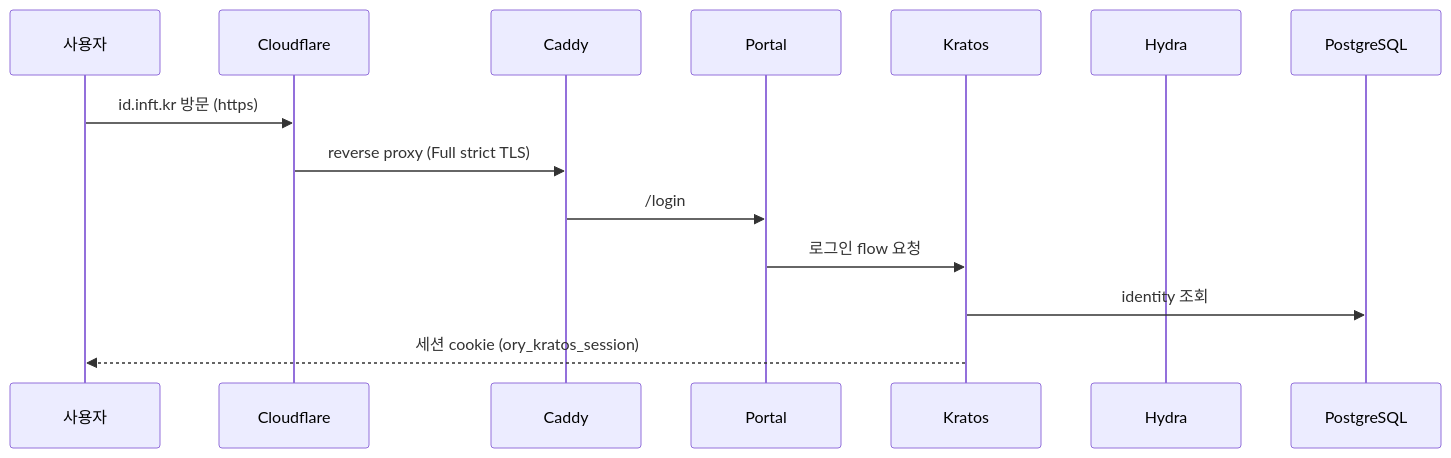
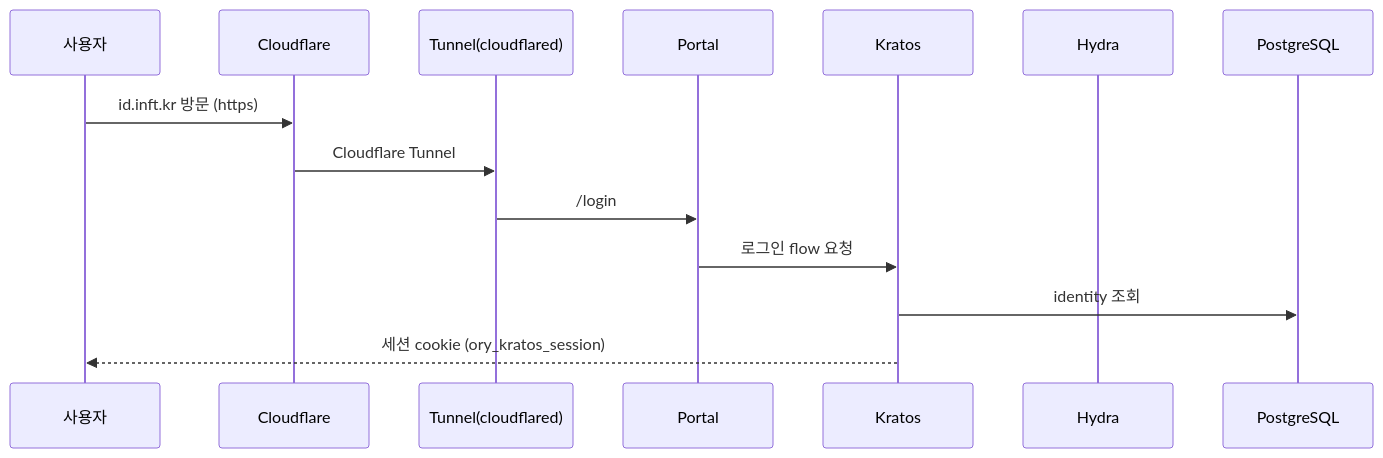
One commit to InfiniteTeam/auth changed the second of 4 diagrams in README.md. Above: the diagram before and after it, drawn with Mermaid. The commit also changed other lines of this file and 10 other files, not shown here.

First line of the commit message:
refactor: replace Caddy with Cloudflare Tunnel

````diff
--- a/README.md
+++ b/README.md
@@ -68,17 +68,17 @@
 ```mermaid
 sequenceDiagram
     participant U as 사용자
     participant CF as Cloudflare
-    participant C as Caddy
+    participant T as Tunnel(cloudflared)
     participant P as Portal
     participant K as Kratos
     participant H as Hydra
     participant DB as PostgreSQL
 
     U->>CF: id.inft.kr 방문 (https)
-    CF->>C: reverse proxy (Full strict TLS)
-    C->>P: /login
+    CF->>T: Cloudflare Tunnel
+    T->>P: /login
     P->>K: 로그인 flow 요청
     K->>DB: identity 조회
     K-->>U: 세션 cookie (ory_kratos_session)
 ```
````
